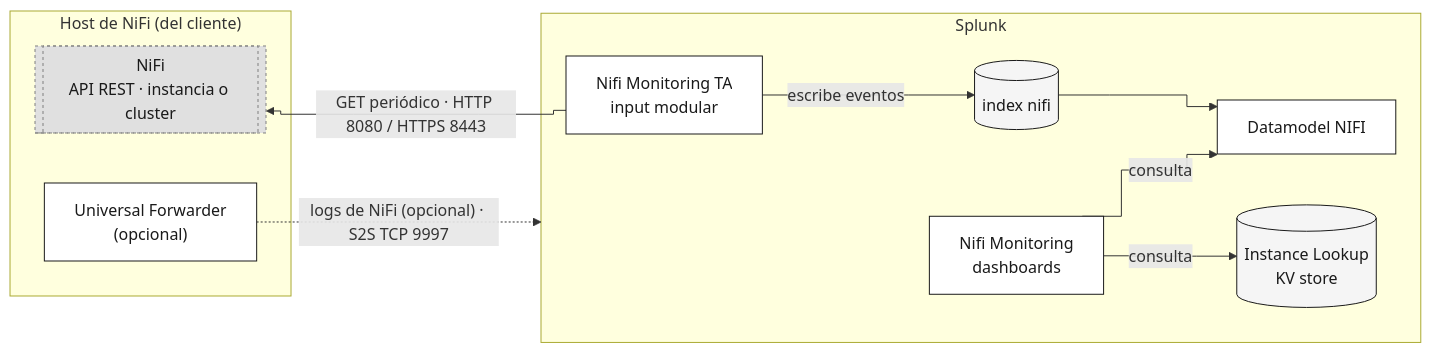
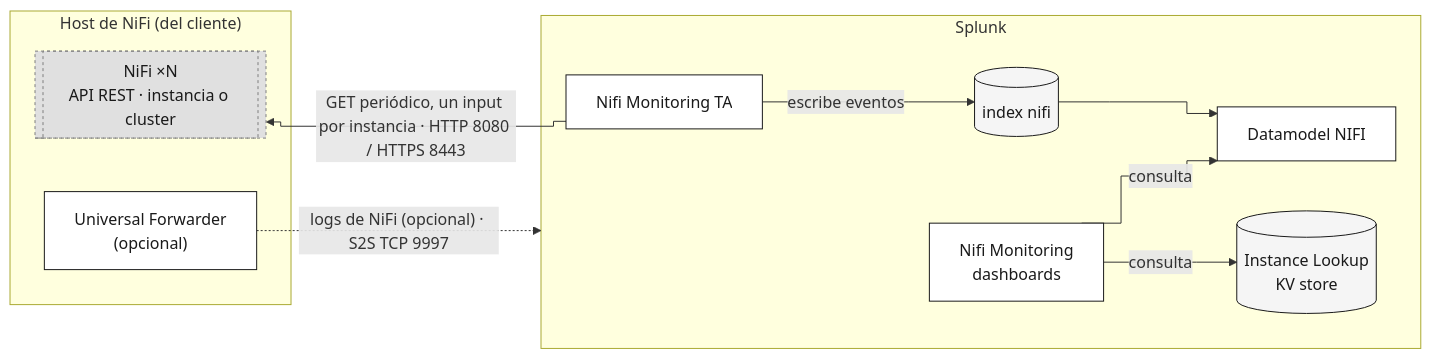
The diagram in doc/config-nifi-monitoring-2-0.es.md (kudawdev/nifi-monitoring-splunk), drawn with Mermaid before and after one commit. The commit also changed 3 other files, not shown here.

First line of the commit message:
Add a push architecture diagram, and mark both diagrams' multiplicity correctly

````diff
--- a/doc/config-nifi-monitoring-2-0.es.md
+++ b/doc/config-nifi-monitoring-2-0.es.md
@@ -18,29 +18,29 @@
 ```mermaid
 %%{init: {"flowchart": {"curve": "step"}} }%%
 flowchart LR
     subgraph nifi_host["Host de NiFi (del cliente)"]
-        nifi[["NiFi<br/>API REST · instancia o cluster"]]:::externo
+        nifi[["NiFi ×N<br/>API REST · instancia o cluster"]]:::externo
         uf["Universal Forwarder<br/>(opcional)"]:::propio
     end
 
     subgraph splunk["Splunk"]
-        ta["Nifi Monitoring TA<br/>input modular"]:::propio
+        ta["Nifi Monitoring TA"]:::propio
         idx[("index nifi")]:::dato
         lookup[("Instance Lookup<br/>KV store")]:::dato
         dm["Datamodel NIFI"]:::propio
         dash["Nifi Monitoring<br/>dashboards"]:::propio
     end
 
     nifi_host ~~~ splunk
 
-    ta -->|"GET periódico · HTTP 8080 / HTTPS 8443"| nifi
+    ta -->|"GET periódico, un input por instancia · HTTP 8080 / HTTPS 8443"| nifi
     ta -->|"escribe eventos"| idx
     uf -.->|"logs de NiFi (opcional) · S2S TCP 9997"| splunk
     idx --> dm
     dash -->|"consulta"| dm
     dash -->|"consulta"| lookup
 
     classDef propio fill:#FFFFFF,stroke:#1A1A1A,color:#1A1A1A
     classDef externo fill:#E0E0E0,stroke:#808080,color:#1A1A1A,stroke-dasharray:3
     classDef dato fill:#F5F5F5,stroke:#1A1A1A,color:#1A1A1A
 ```
````
